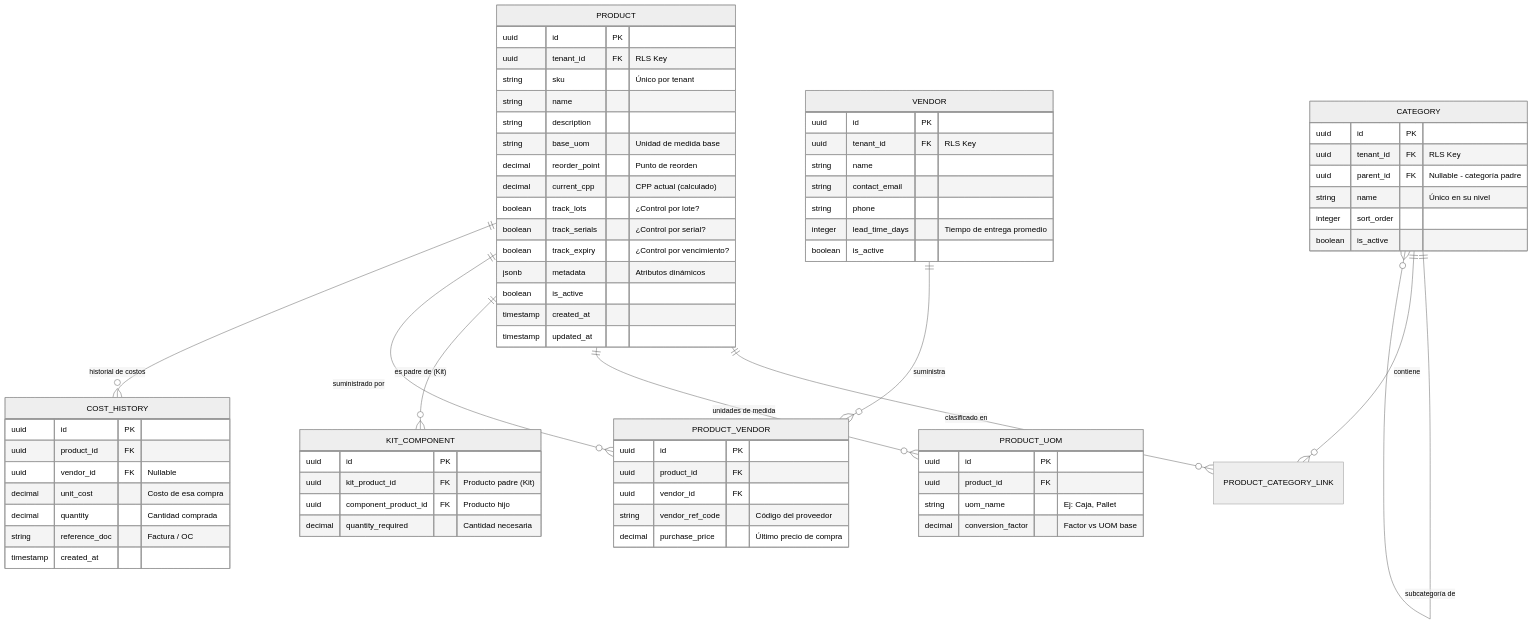
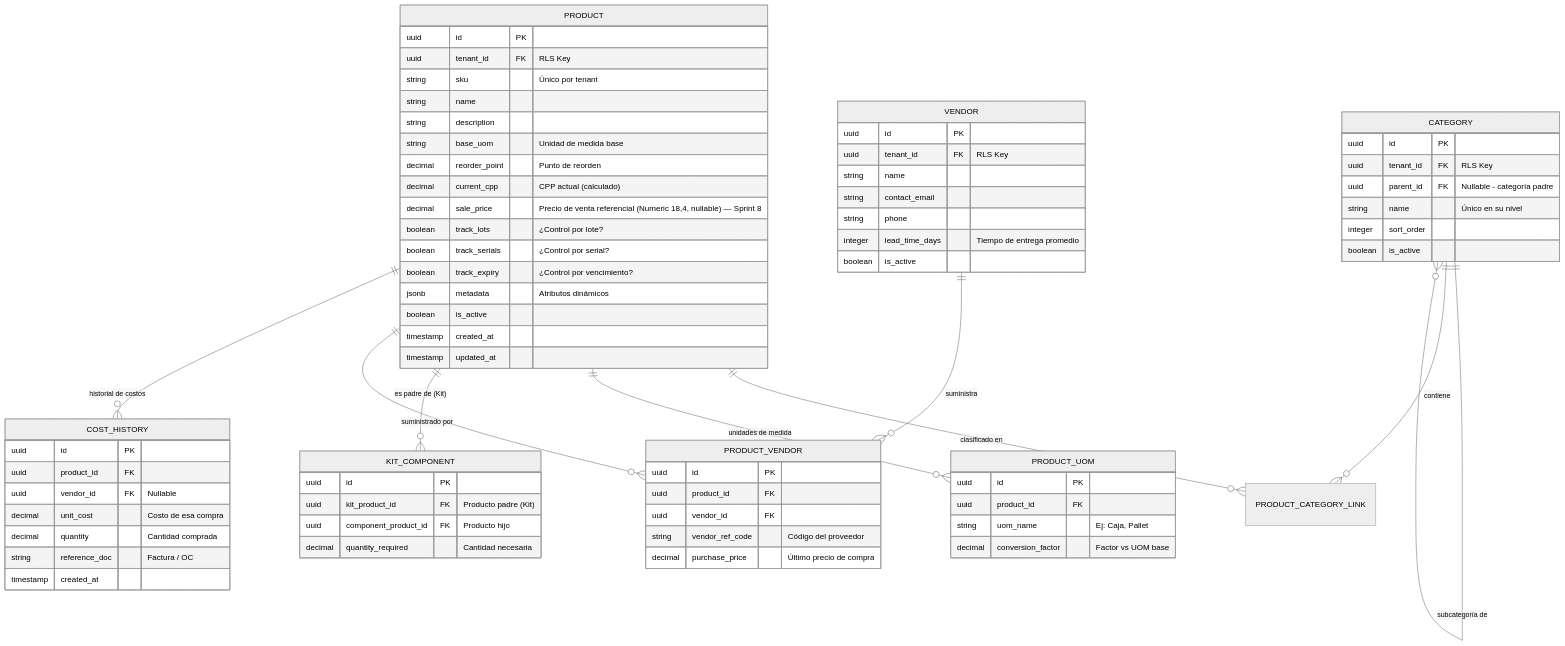
The second of 2 diagrams in doc/Funcional/mejorado/02_catalogo_productos/RF_catalogo_productos.md (deimorga/SAAS-Gestion_Inventarios), drawn with Mermaid (neutral theme) before and after one commit. The commit also changed other lines of this file and 5 other files, not shown here.

````diff
--- a/doc/Funcional/mejorado/02_catalogo_productos/RF_catalogo_productos.md
+++ b/doc/Funcional/mejorado/02_catalogo_productos/RF_catalogo_productos.md
@@ -286,80 +287,81 @@
 ```mermaid
 erDiagram
     PRODUCT ||--o{ PRODUCT_CATEGORY_LINK : "clasificado en"
     PRODUCT ||--o{ PRODUCT_UOM : "unidades de medida"
     PRODUCT ||--o{ KIT_COMPONENT : "es padre de (Kit)"
     PRODUCT ||--o{ PRODUCT_VENDOR : "suministrado por"
     PRODUCT ||--o{ COST_HISTORY : "historial de costos"
     CATEGORY ||--o{ CATEGORY : "subcategoría de"
     CATEGORY ||--o{ PRODUCT_CATEGORY_LINK : "contiene"
     VENDOR ||--o{ PRODUCT_VENDOR : "suministra"
 
     PRODUCT {
         uuid id PK
         uuid tenant_id FK "RLS Key"
         string sku "Único por tenant"
         string name
         string description
         string base_uom "Unidad de medida base"
         decimal reorder_point "Punto de reorden"
         decimal current_cpp "CPP actual (calculado)"
+        decimal sale_price "Precio de venta referencial (Numeric 18,4, nullable) — Sprint 8"
         boolean track_lots "¿Control por lote?"
         boolean track_serials "¿Control por serial?"
         boolean track_expiry "¿Control por vencimiento?"
         jsonb metadata "Atributos dinámicos"
         boolean is_active
         timestamp created_at
         timestamp updated_at
     }
 
     CATEGORY {
         uuid id PK
         uuid tenant_id FK "RLS Key"
         uuid parent_id FK "Nullable - categoría padre"
         string name "Único en su nivel"
         integer sort_order
         boolean is_active
     }
 
     PRODUCT_UOM {
         uuid id PK
         uuid product_id FK
         string uom_name "Ej: Caja, Pallet"
         decimal conversion_factor "Factor vs UOM base"
     }
 
     KIT_COMPONENT {
         uuid id PK
         uuid kit_product_id FK "Producto padre (Kit)"
         uuid component_product_id FK "Producto hijo"
         decimal quantity_required "Cantidad necesaria"
     }
 
     VENDOR {
         uuid id PK
         uuid tenant_id FK "RLS Key"
         string name
         string contact_email
         string phone
         integer lead_time_days "Tiempo de entrega promedio"
         boolean is_active
     }
 
     PRODUCT_VENDOR {
         uuid id PK
         uuid product_id FK
         uuid vendor_id FK
         string vendor_ref_code "Código del proveedor"
         decimal purchase_price "Último precio de compra"
     }
 
     COST_HISTORY {
         uuid id PK
         uuid product_id FK
         uuid vendor_id FK "Nullable"
         decimal unit_cost "Costo de esa compra"
         decimal quantity "Cantidad comprada"
         string reference_doc "Factura / OC"
         timestamp created_at
     }
 ```
````
